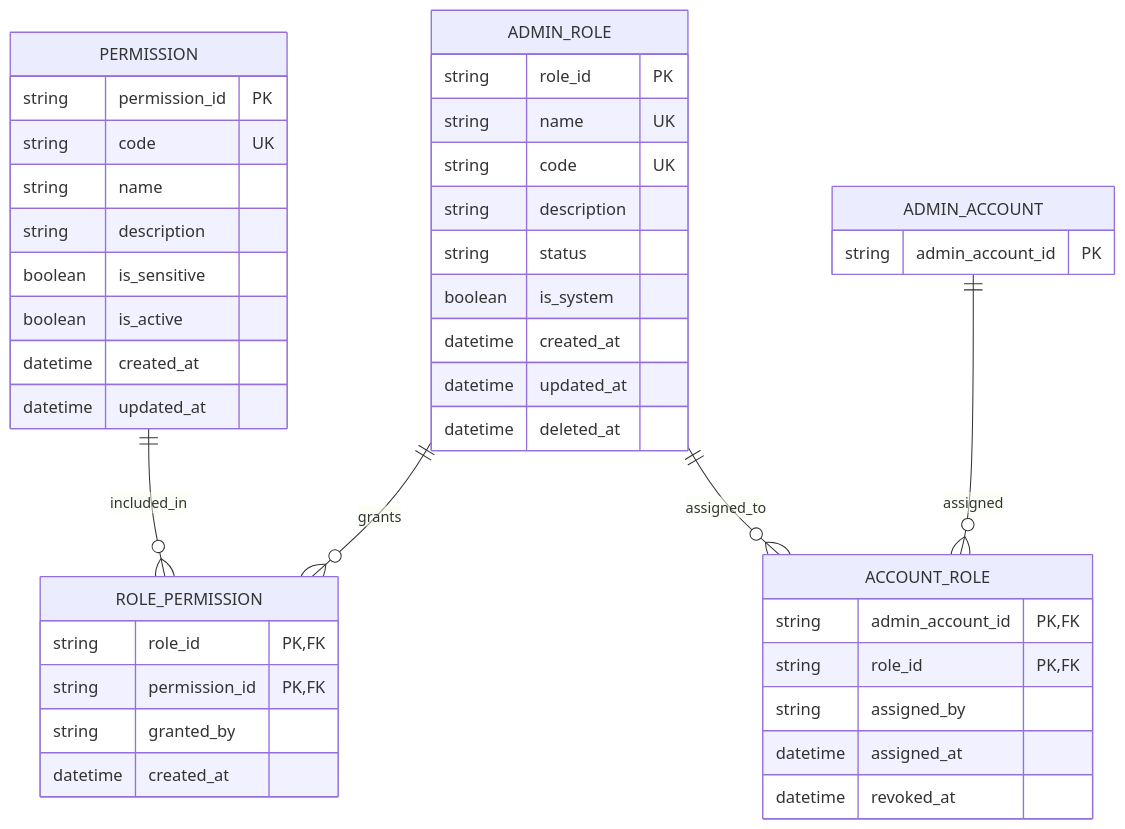
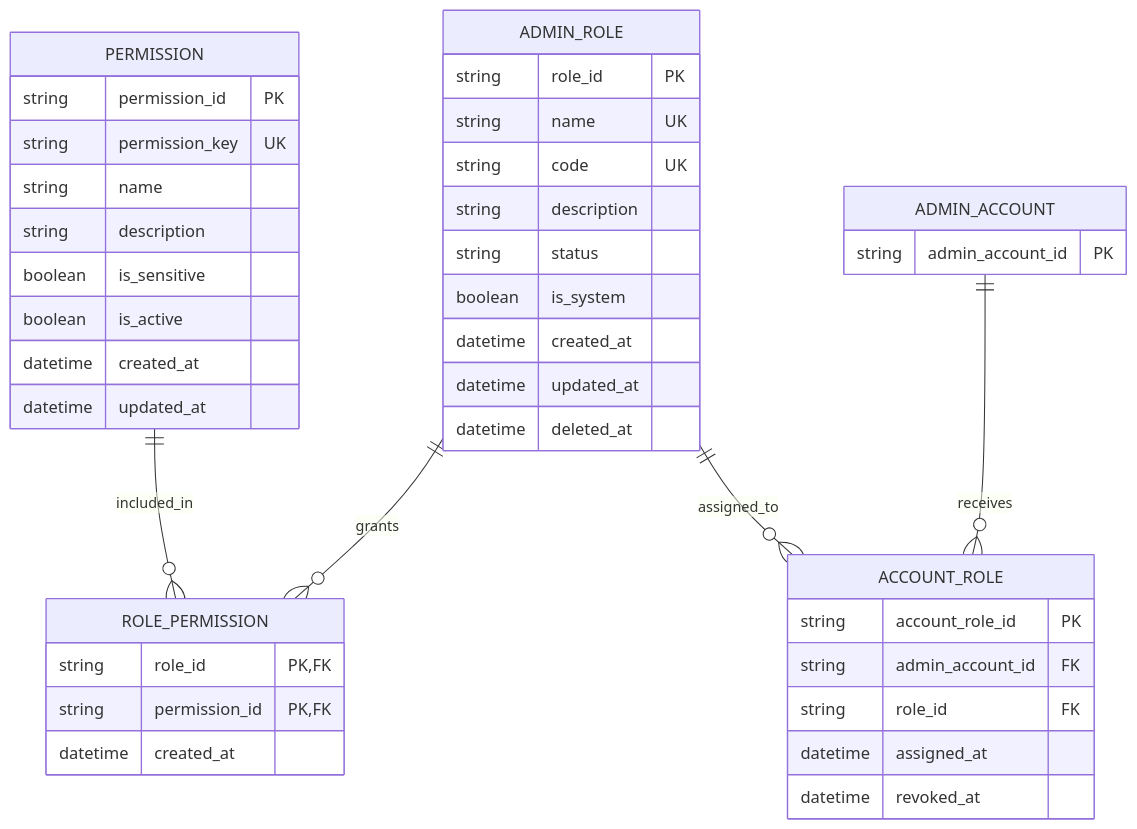
The diagram in sprint-1/erd/role-erd.md (fatihmuhamadridho/docs-game-service-platform), drawn with Mermaid before and after one commit. The commit also changed other lines of this file and 32 other files, not shown here.

````diff
--- a/sprint-1/erd/role-erd.md
+++ b/sprint-1/erd/role-erd.md
@@ -13,45 +9,44 @@
 ```mermaid
 erDiagram
     ADMIN_ROLE ||--o{ ROLE_PERMISSION : grants
     PERMISSION ||--o{ ROLE_PERMISSION : included_in
-    ADMIN_ACCOUNT ||--o{ ACCOUNT_ROLE : assigned
+    ADMIN_ACCOUNT ||--o{ ACCOUNT_ROLE : receives
     ADMIN_ROLE ||--o{ ACCOUNT_ROLE : assigned_to
 
     ADMIN_ROLE {
         string role_id PK
         string name UK
         string code UK
         string description
         string status
         boolean is_system
         datetime created_at
         datetime updated_at
         datetime deleted_at
     }
     PERMISSION {
         string permission_id PK
-        string code UK
+        string permission_key UK
         string name
         string description
         boolean is_sensitive
         boolean is_active
         datetime created_at
         datetime updated_at
     }
     ROLE_PERMISSION {
         string role_id PK, FK
         string permission_id PK, FK
-        string granted_by
         datetime created_at
     }
     ADMIN_ACCOUNT {
         string admin_account_id PK
     }
     ACCOUNT_ROLE {
-        string admin_account_id PK, FK
-        string role_id PK, FK
-        string assigned_by
+        string account_role_id PK
+        string admin_account_id FK
+        string role_id FK
         datetime assigned_at
         datetime revoked_at
     }
 ```
````
